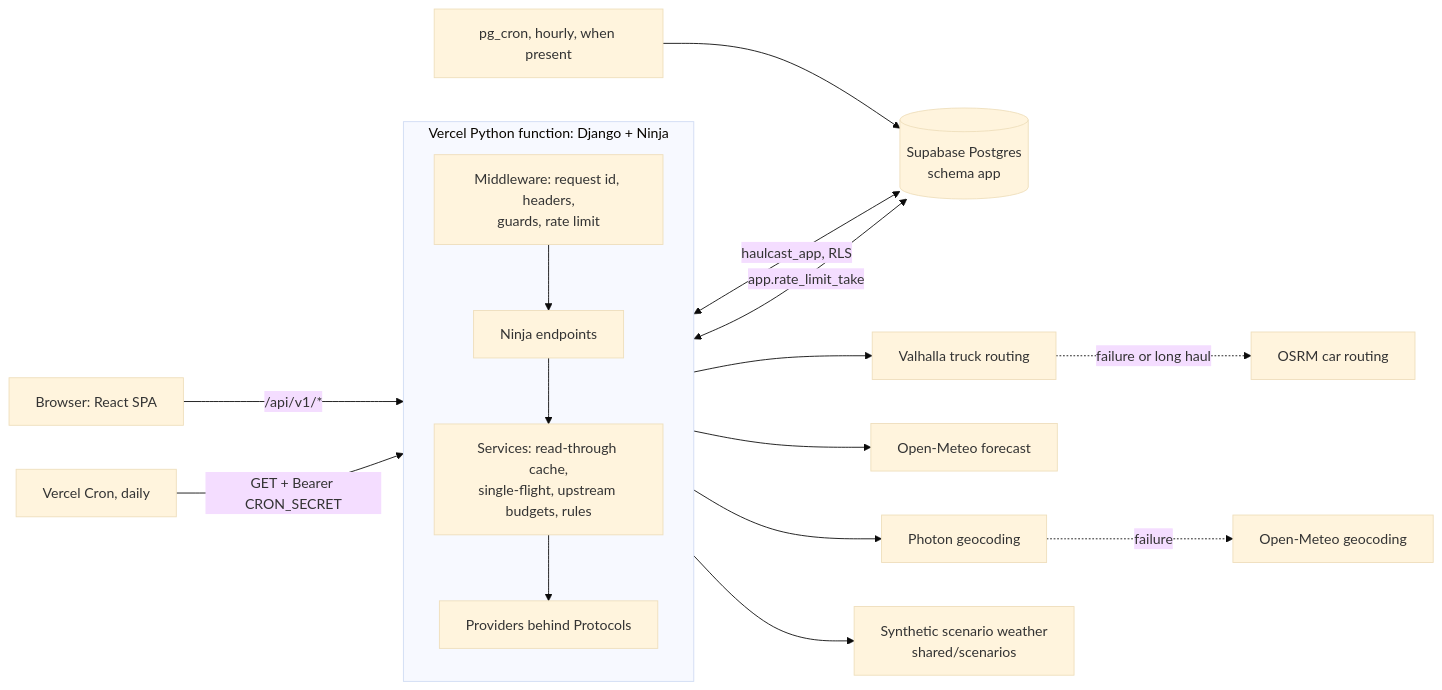
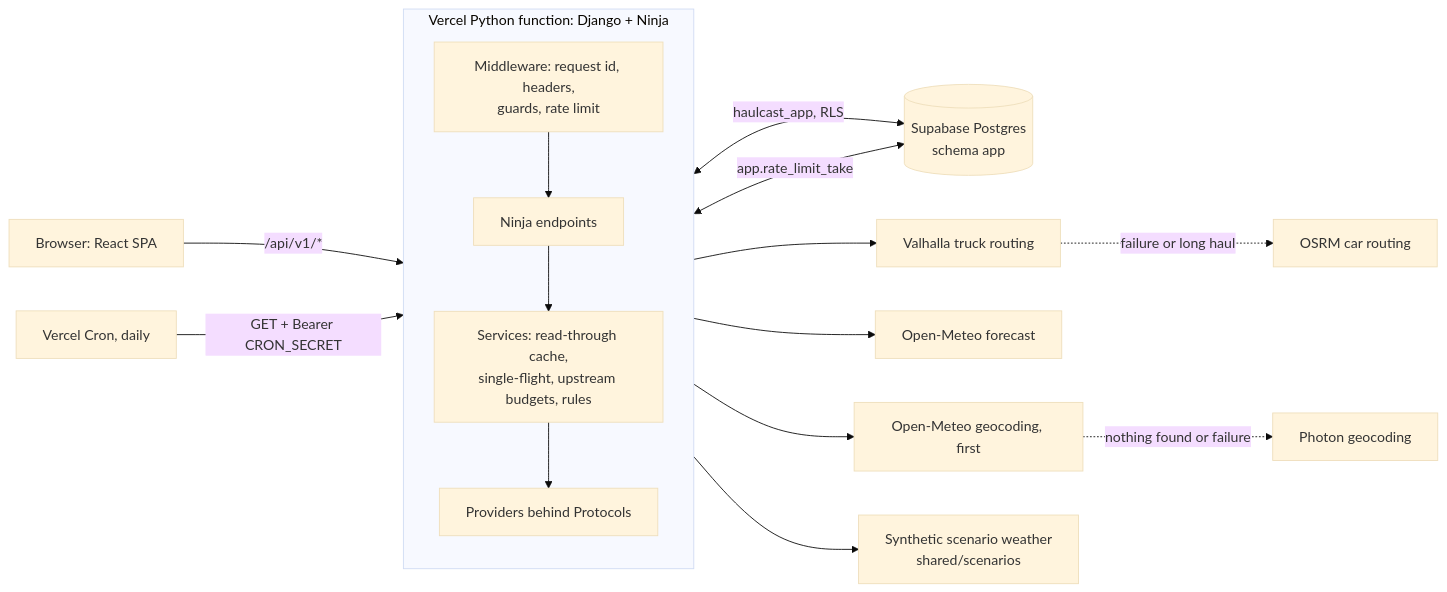
One commit to ar27111994/weather-aware-truck-routing changed the diagram in docs/BACKEND.md. Above: the diagram before and after it, drawn with Mermaid (base theme). The commit also changed other lines of this file and 3 other files, not shown here.

````diff
--- a/docs/BACKEND.md
+++ b/docs/BACKEND.md
@@ -10,20 +10,19 @@
 ```mermaid
 flowchart LR
   SPA[Browser: React SPA] -->|/api/v1/*| MW
   subgraph FN[Vercel Python function: Django + Ninja]
     direction TB
     MW[Middleware: request id, headers,<br/>guards, rate limit] --> API[Ninja endpoints]
     API --> SVC[Services: read-through cache,<br/>single-flight, upstream budgets, rules]
     SVC --> PRV[Providers behind Protocols]
   end
   SVC <-->|haulcast_app, RLS| PG[(Supabase Postgres<br/>schema app)]
   MW <-->|app.rate_limit_take| PG
   PRV --> VAL[Valhalla truck routing]
   VAL -. failure or long haul .-> OSRM[OSRM car routing]
   PRV --> OM[Open-Meteo forecast]
-  PRV --> PH[Photon geocoding]
-  PH -. failure .-> OMG[Open-Meteo geocoding]
+  PRV --> OMG[Open-Meteo geocoding, first]
+  OMG -. nothing found or failure .-> PH[Photon geocoding]
   PRV --> SCN[Synthetic scenario weather<br/>shared/scenarios]
   CRON[Vercel Cron, daily] -->|GET + Bearer CRON_SECRET| API
-  PGCRON[pg_cron, hourly, when present] --> PG
 ```
````
